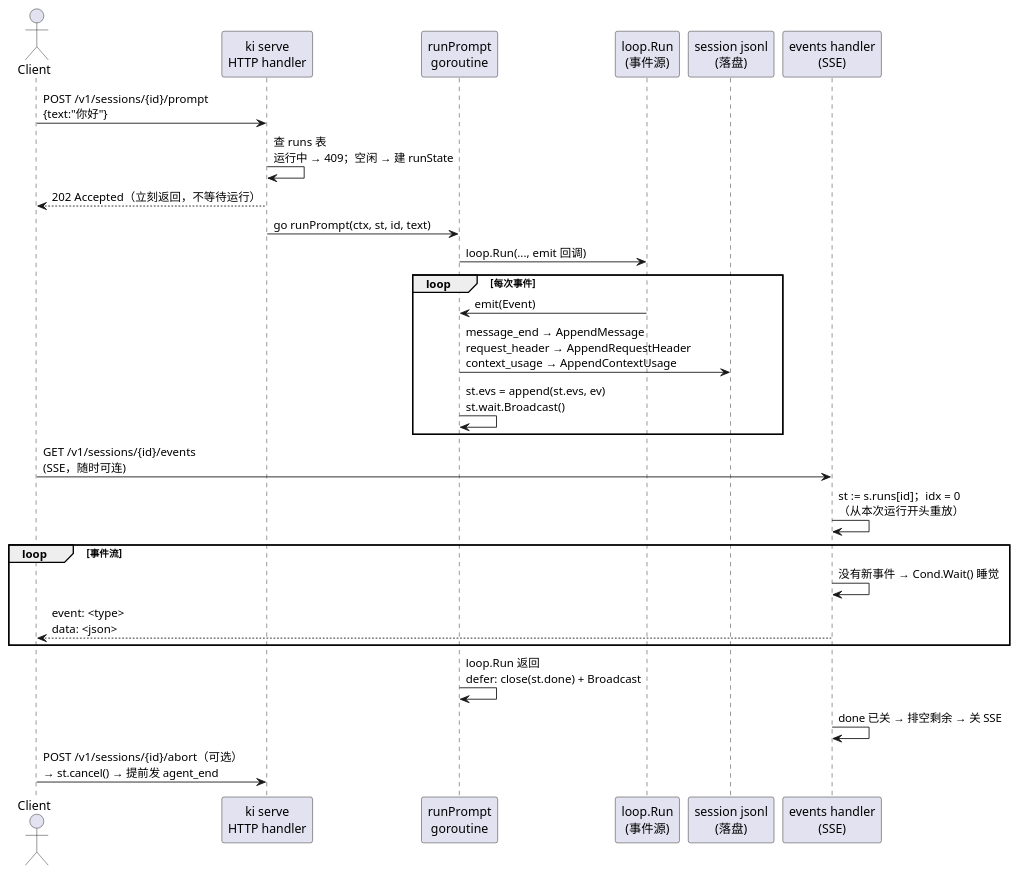
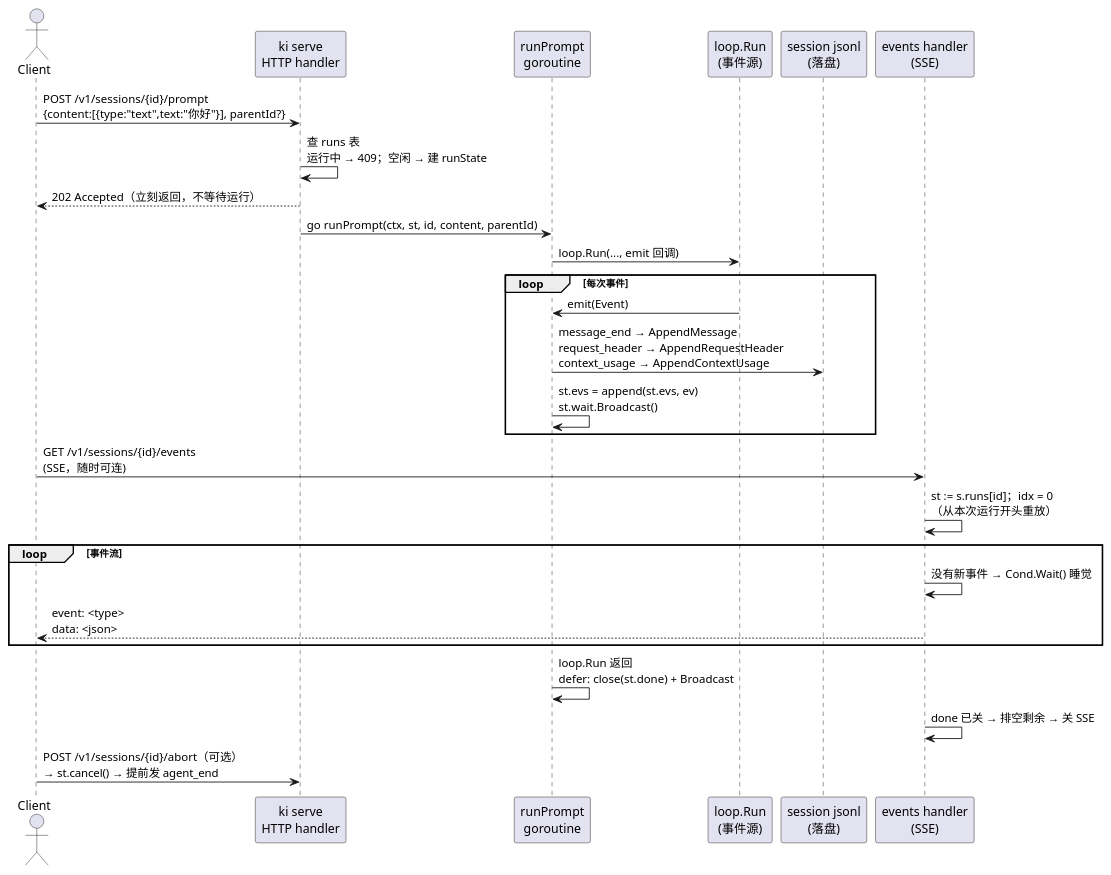
Before and after one commit to skyw8/ki: the first of 2 diagrams in docs/architecture.md, drawn with PlantUML. The commit also changed other lines of this file and 38 other files, not shown here.

````diff
--- a/docs/architecture.md
+++ b/docs/architecture.md
@@ -90,34 +91,34 @@
 ```plantuml
 @startuml
 actor Client as C
 participant "ki serve\nHTTP handler" as S
 participant "runPrompt\ngoroutine" as R
 participant "loop.Run\n(事件源)" as L
 participant "session jsonl\n(落盘)" as F
 participant "events handler\n(SSE)" as E
 
-C -> S : POST /v1/sessions/{id}/prompt\n{text:"你好"}
+C -> S : POST /v1/sessions/{id}/prompt\n{content:[{type:"text",text:"你好"}], parentId?}
 S -> S : 查 runs 表\n运行中 → 409；空闲 → 建 runState
 S --> C : 202 Accepted（立刻返回，不等待运行）
-S -> R : go runPrompt(ctx, st, id, text)
+S -> R : go runPrompt(ctx, st, id, content, parentId)
 
 R -> L : loop.Run(..., emit 回调)
 loop 每次事件
   L -> R : emit(Event)
   R -> F : message_end → AppendMessage\nrequest_header → AppendRequestHeader\ncontext_usage → AppendContextUsage
   R -> R : st.evs = append(st.evs, ev)\nst.wait.Broadcast()
 end
 
 C -> E : GET /v1/sessions/{id}/events\n(SSE，随时可连)
 E -> E : st := s.runs[id]；idx = 0\n（从本次运行开头重放）
 loop 事件流
   E -> E : 没有新事件 → Cond.Wait() 睡觉
   E --> C : event: <type>\ndata: <json>
 end
 
 R -> R : loop.Run 返回\ndefer: close(st.done) + Broadcast
 E -> E : done 已关 → 排空剩余 → 关 SSE
 
 C -> S : POST /v1/sessions/{id}/abort（可选）\n→ st.cancel() → 提前发 agent_end
 @enduml
 ```
````
